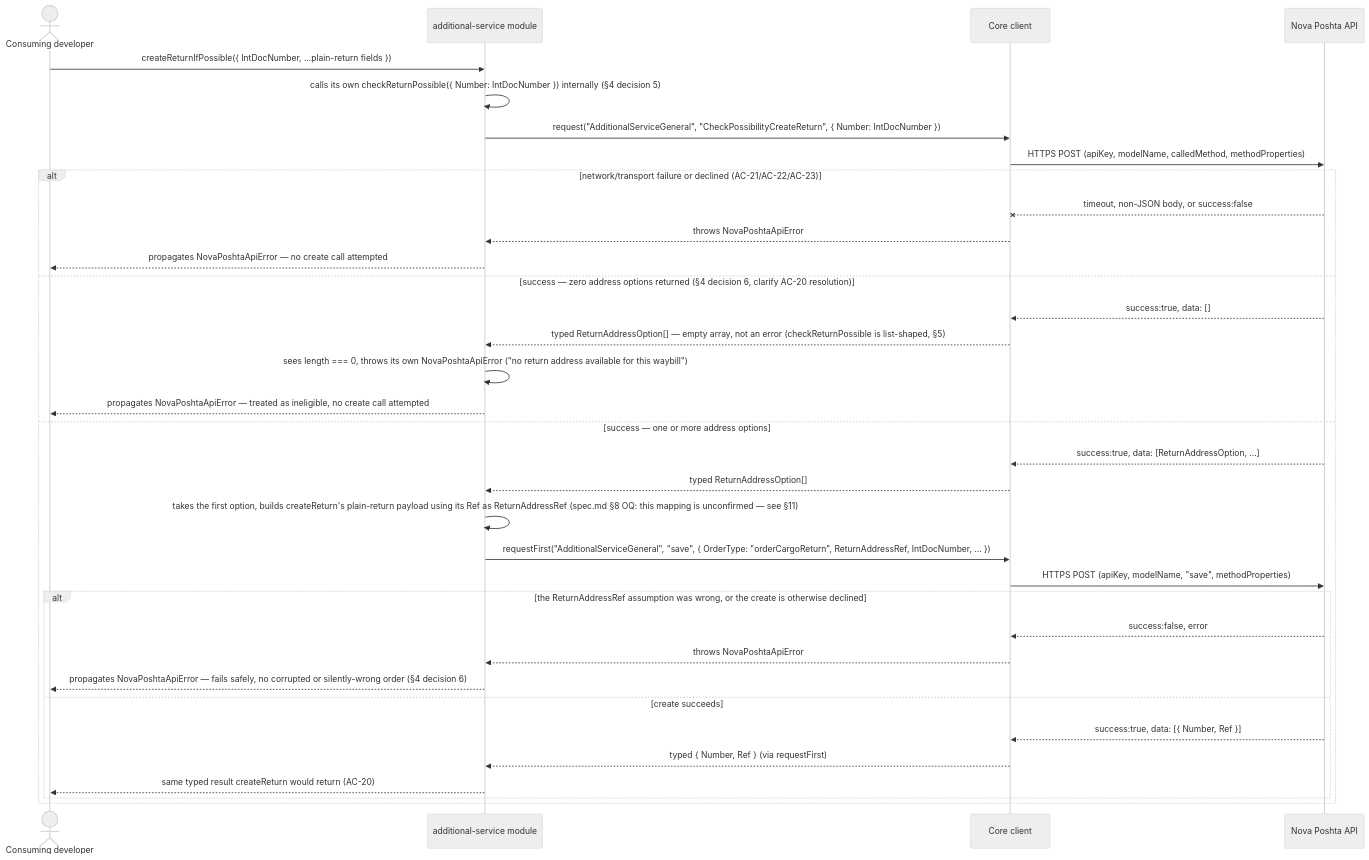
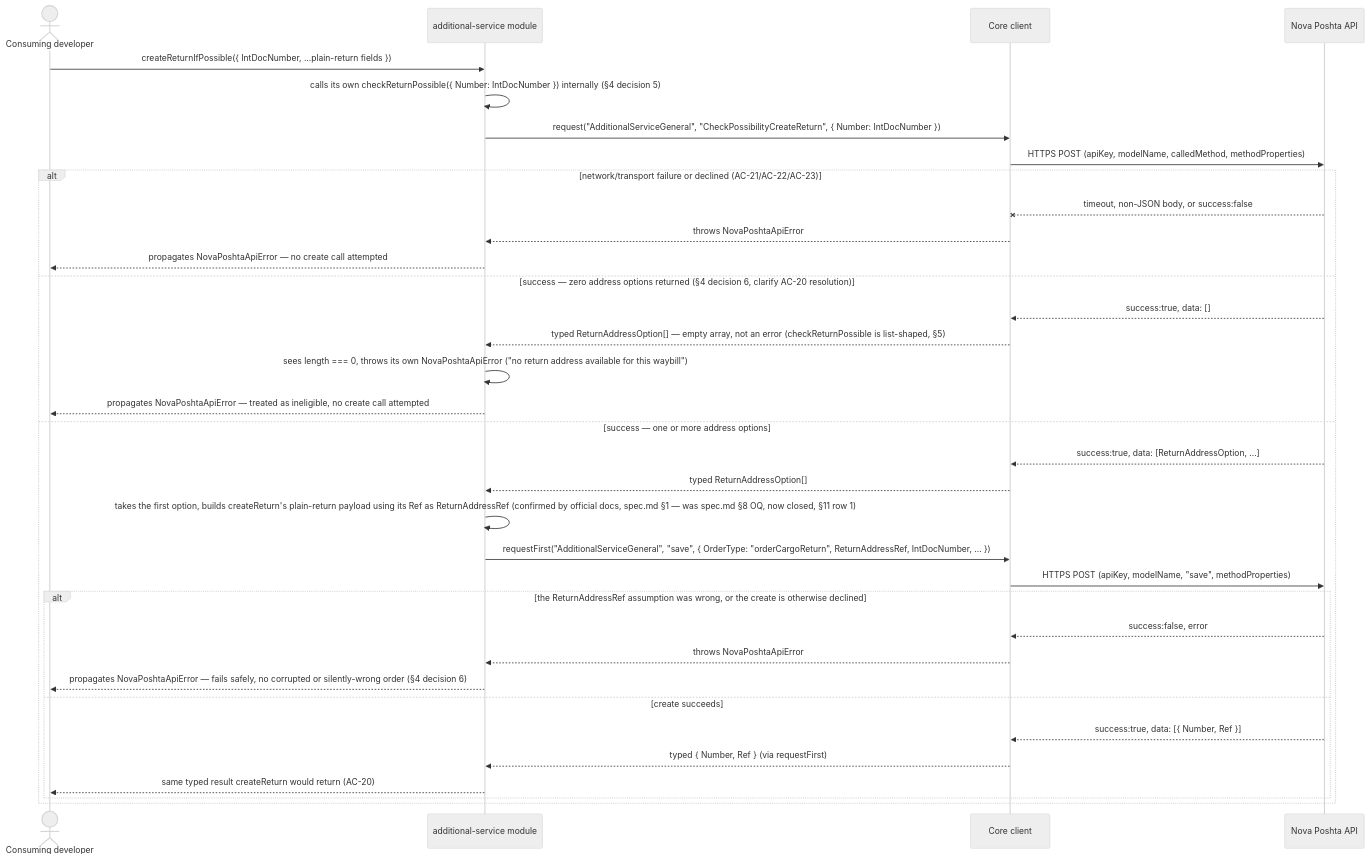
The third of 13 diagrams in docs/features/additional-service/sad.md (associate2coder/nova-poshta-lib), drawn with Mermaid (neutral theme) before and after one commit. The commit also changed other lines of this file and 7 other files, not shown here.

````diff
--- a/docs/features/additional-service/sad.md
+++ b/docs/features/additional-service/sad.md
@@ -324,38 +327,38 @@
 ```mermaid
 sequenceDiagram
     actor Dev as Consuming developer
     participant Addl as additional-service module
     participant Client as Core client
     participant NP as Nova Poshta API
 
     Dev->>Addl: createReturnIfPossible({ IntDocNumber, ...plain-return fields })
     Addl->>Addl: calls its own checkReturnPossible({ Number: IntDocNumber }) internally (§4 decision 5)
     Addl->>Client: request("AdditionalServiceGeneral", "CheckPossibilityCreateReturn", { Number: IntDocNumber })
     Client->>NP: HTTPS POST (apiKey, modelName, calledMethod, methodProperties)
 
     alt network/transport failure or declined (AC-21/AC-22/AC-23)
         NP--xClient: timeout, non-JSON body, or success:false
         Client-->>Addl: throws NovaPoshtaApiError
         Addl-->>Dev: propagates NovaPoshtaApiError — no create call attempted
     else success — zero address options returned (§4 decision 6, clarify AC-20 resolution)
         NP-->>Client: success:true, data: []
         Client-->>Addl: typed ReturnAddressOption[] — empty array, not an error (checkReturnPossible is list-shaped, §5)
         Addl->>Addl: sees length === 0, throws its own NovaPoshtaApiError ("no return address available for this waybill")
         Addl-->>Dev: propagates NovaPoshtaApiError — treated as ineligible, no create call attempted
     else success — one or more address options
         NP-->>Client: success:true, data: [ReturnAddressOption, ...]
         Client-->>Addl: typed ReturnAddressOption[]
-        Addl->>Addl: takes the first option, builds createReturn's plain-return payload using its Ref as ReturnAddressRef (spec.md §8 OQ: this mapping is unconfirmed — see §11)
+        Addl->>Addl: takes the first option, builds createReturn's plain-return payload using its Ref as ReturnAddressRef (confirmed by official docs, spec.md §1 — was spec.md §8 OQ, now closed, §11 row 1)
         Addl->>Client: requestFirst("AdditionalServiceGeneral", "save", { OrderType: "orderCargoReturn", ReturnAddressRef, IntDocNumber, ... })
         Client->>NP: HTTPS POST (apiKey, modelName, "save", methodProperties)
         alt the ReturnAddressRef assumption was wrong, or the create is otherwise declined
             NP-->>Client: success:false, error
             Client-->>Addl: throws NovaPoshtaApiError
             Addl-->>Dev: propagates NovaPoshtaApiError — fails safely, no corrupted or silently-wrong order (§4 decision 6)
         else create succeeds
             NP-->>Client: success:true, data: [{ Number, Ref }]
             Client-->>Addl: typed { Number, Ref } (via requestFirst)
             Addl-->>Dev: same typed result createReturn would return (AC-20)
         end
     end
 ```
````
